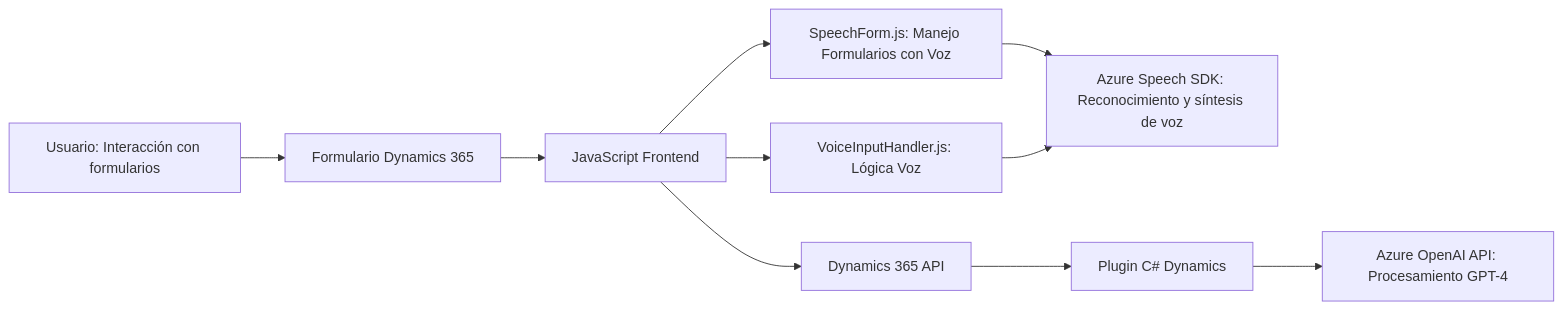
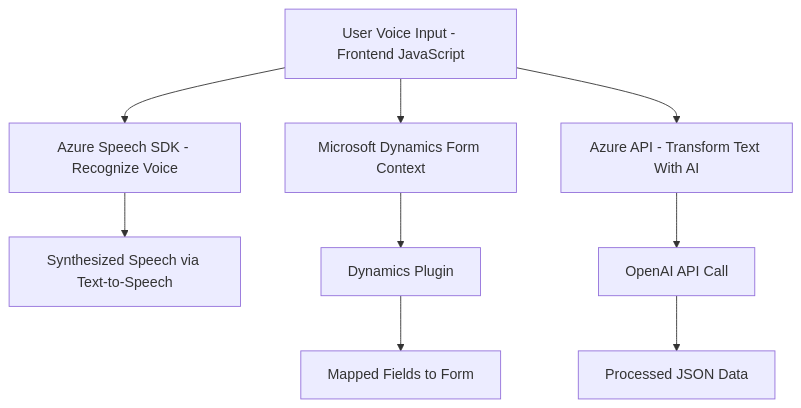
The diagram in README.md (blopezdm/NETCORE_BILBAO2025), drawn with Mermaid before and after one commit. The commit also changed other lines of this file, not shown here.

Commit message:
Actualizar análisis global de la solución con IA

````diff
--- a/README.md
+++ b/README.md
@@ -36,22 +55,21 @@
 ```mermaid
-graph LR
-    User["Usuario: Interacción con formularios"]
-    Formulario["Formulario Dynamics 365"]
-    JsFrontend["JavaScript Frontend"]
-    VoiceHandler["VoiceInputHandler.js: Lógica Voz"]
-    SpeechFormHandler["SpeechForm.js: Manejo Formularios con Voz"]
-    AzureSpeechSDK["Azure Speech SDK: Reconocimiento y síntesis de voz"]
-    CSharpBackend["Plugin C# Dynamics"]
-    OpenAI["Azure OpenAI API: Procesamiento GPT-4"]
-    Dynamics["Dynamics 365 API"]
-    
-    User --> Formulario
-    Formulario --> JsFrontend
-    JsFrontend --> VoiceHandler
-    JsFrontend --> SpeechFormHandler
-    SpeechFormHandler --> AzureSpeechSDK
-    VoiceHandler --> AzureSpeechSDK
-    JsFrontend --> Dynamics
-    Dynamics --> CSharpBackend
-    CSharpBackend --> OpenAI
+graph TD
+    A["User Voice Input - Frontend JavaScript"]
+    B["Azure Speech SDK - Recognize Voice"]
+    C["Synthesized Speech via Text-to-Speech"]
+    D["Azure API - Transform Text With AI"]
+    E["Microsoft Dynamics Form Context"]
+    F["Dynamics Plugin"]
+    G["Mapped Fields to Form"]
+    H["OpenAI API Call"]
+    I["Processed JSON Data"]
+
+    A --> B
+    B --> C
+    A --> E
+    E --> F
+    F --> G
+    A --> D
+    D --> H
+    H --> I
 ```
````
